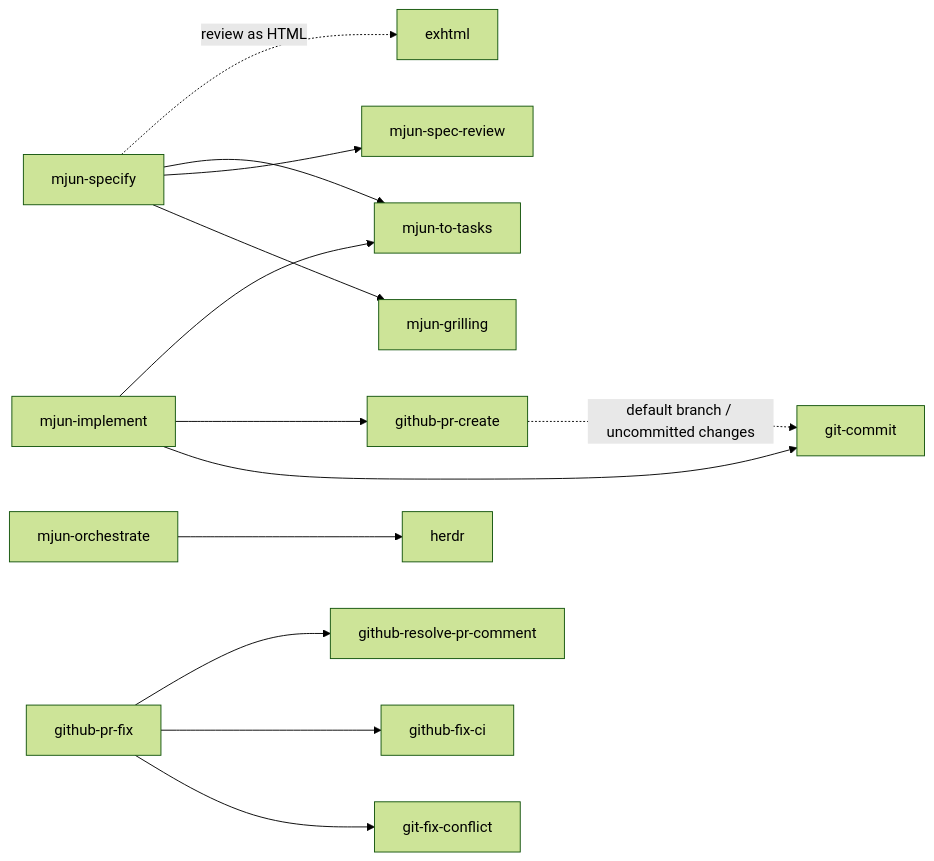
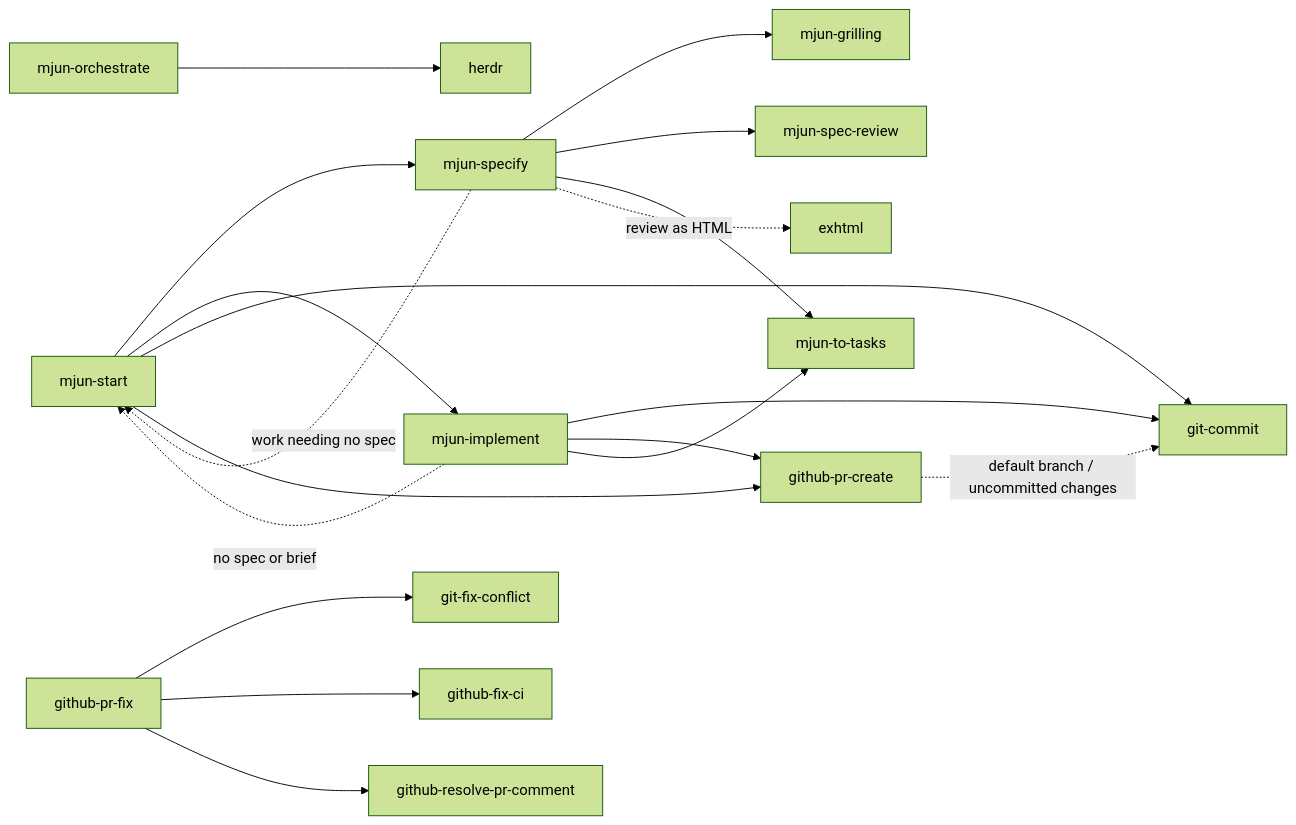
The diagram in doc/skills.md (mjun0812/dotfiles), drawn with Mermaid (forest theme) before and after one commit. The commit also changed other lines of this file and 15 other files, not shown here.

First line of the commit message:
feat: add mjun-start to route dev work by kind

````diff
--- a/doc/skills.md
+++ b/doc/skills.md
@@ -135,19 +136,26 @@
 ```mermaid
 graph LR
     github-pr-create -. default branch / uncommitted changes .-> git-commit
 
+    mjun-start --> mjun-specify
+    mjun-start --> mjun-implement
+    mjun-start --> git-commit
+    mjun-start --> github-pr-create
+
+    mjun-specify -. work needing no spec .-> mjun-start
     mjun-specify --> mjun-grilling
     mjun-specify --> mjun-spec-review
     mjun-specify --> mjun-to-tasks
     mjun-specify -. review as HTML .-> exhtml
 
     mjun-implement --> git-commit
     mjun-implement --> github-pr-create
     mjun-implement --> mjun-to-tasks
+    mjun-implement -. no spec or brief .-> mjun-start
 
     mjun-orchestrate --> herdr
 
     github-pr-fix --> git-fix-conflict
     github-pr-fix --> github-fix-ci
     github-pr-fix --> github-resolve-pr-comment
 ```
````
